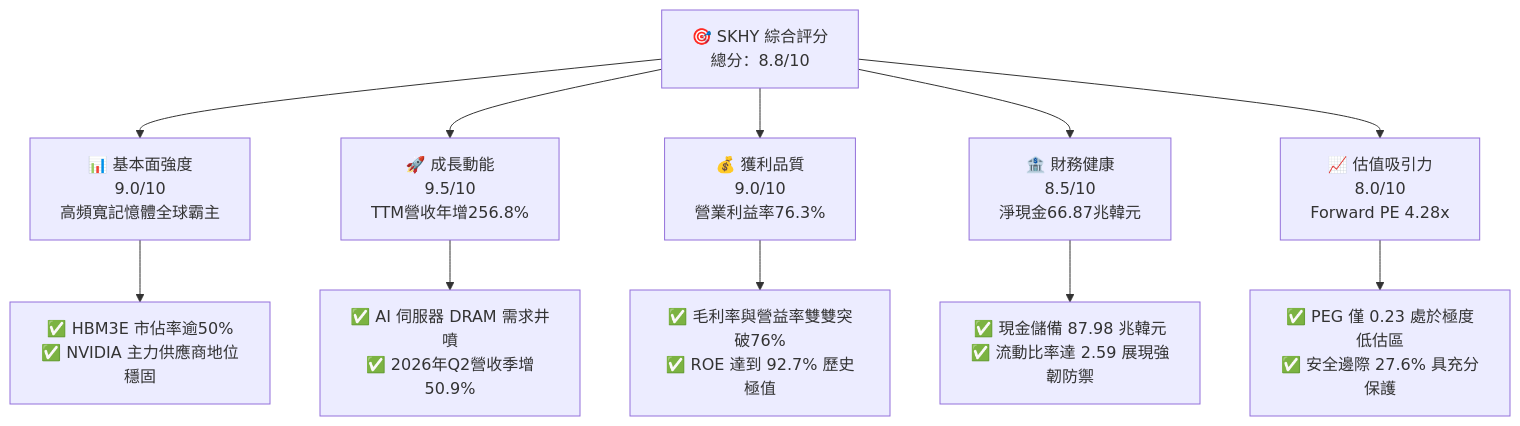
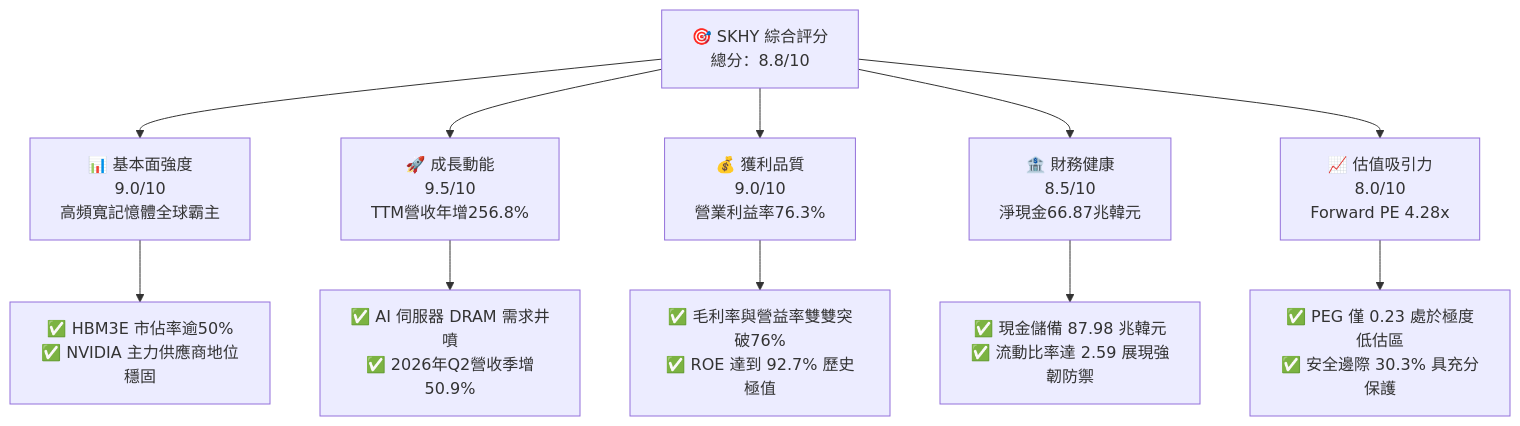
The first of 15 diagrams in ai_gen_report/fundamental/skhy/fundamental_analysis_2026-10-15_gemini.md (yennanliu/finance_data), drawn with Mermaid before and after one commit. The commit also changed other lines of this file and 339 other files, not shown here.

````diff
--- a/ai_gen_report/fundamental/skhy/fundamental_analysis_2026-10-15_gemini.md
+++ b/ai_gen_report/fundamental/skhy/fundamental_analysis_2026-10-15_gemini.md
@@ -60,22 +67,22 @@
 ```mermaid
 graph TD
     TICKER["🎯 SKHY 綜合評分<br/>總分：8.8/10"]
 
     F["📊 基本面強度<br/>9.0/10<br/>高頻寬記憶體全球霸主"]
     G["🚀 成長動能<br/>9.5/10<br/>TTM營收年增256.8%"]
     P["💰 獲利品質<br/>9.0/10<br/>營業利益率76.3%"]
     B["🏦 財務健康<br/>8.5/10<br/>淨現金66.87兆韓元"]
     V["📈 估值吸引力<br/>8.0/10<br/>Forward PE 4.28x"]
 
     TICKER --> F
     TICKER --> G
     TICKER --> P
     TICKER --> B
     TICKER --> V
 
     F --> F1["✅ HBM3E 市佔率逾50%<br/>✅ NVIDIA 主力供應商地位穩固"]
     G --> G1["✅ AI 伺服器 DRAM 需求井噴<br/>✅ 2026年Q2營收季增50.9%"]
     P --> P1["✅ 毛利率與營益率雙雙突破76%<br/>✅ ROE 達到 92.7% 歷史極值"]
     B --> B1["✅ 現金儲備 87.98 兆韓元<br/>✅ 流動比率達 2.59 展現強韌防禦"]
-    V --> V1["✅ PEG 僅 0.23 處於極度低估區<br/>✅ 安全邊際 27.6% 具充分保護"]
+    V --> V1["✅ PEG 僅 0.23 處於極度低估區<br/>✅ 安全邊際 30.3% 具充分保護"]
 ```
````
